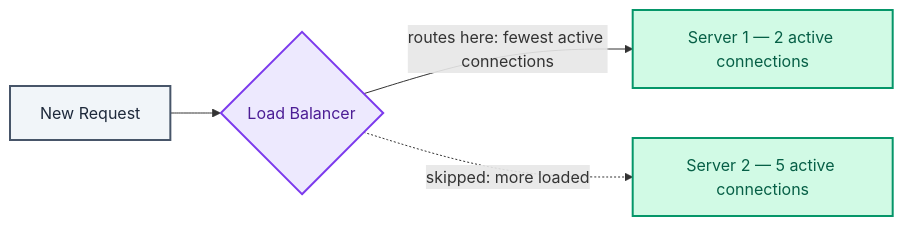
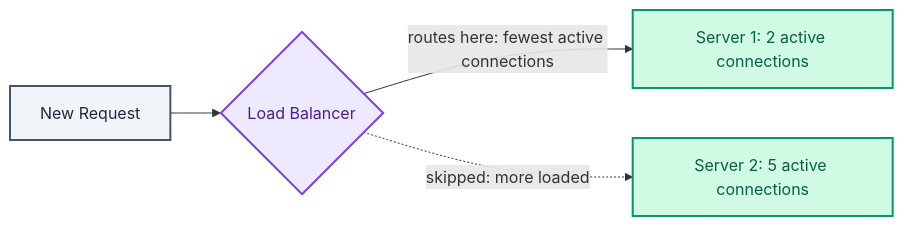
Before and after one commit to rishabh0111/rishabh0111.github.io: the eighth of 10 diagrams in _posts/blogs/2026-10-07-system-design-the-edge.md, drawn with Mermaid. The commit also changed other lines of this file and 42 other files, not shown here.

````diff
--- a/_posts/blogs/2026-10-07-system-design-the-edge.md
+++ b/_posts/blogs/2026-10-07-system-design-the-edge.md
@@ -251,12 +251,12 @@
 ```mermaid
 flowchart LR
     Req[New Request] --> LB{Load Balancer}
-    LB -->|routes here: fewest active connections| S1["Server 1 — 2 active connections"]
-    LB -.skipped: more loaded.-> S2["Server 2 — 5 active connections"]
+    LB -->|routes here: fewest active connections| S1["Server 1: 2 active connections"]
+    LB -.skipped: more loaded.-> S2["Server 2: 5 active connections"]
     classDef gateway fill:#EDE9FE,stroke:#7C3AED,stroke-width:2px,color:#4C1D95
     classDef service fill:#D1FAE5,stroke:#059669,stroke-width:2px,color:#065F46
     classDef flow fill:#F1F5F9,stroke:#475569,stroke-width:2px,color:#1E293B
     class LB gateway
     class S1,S2 service
     class Req flow
 ```
````
